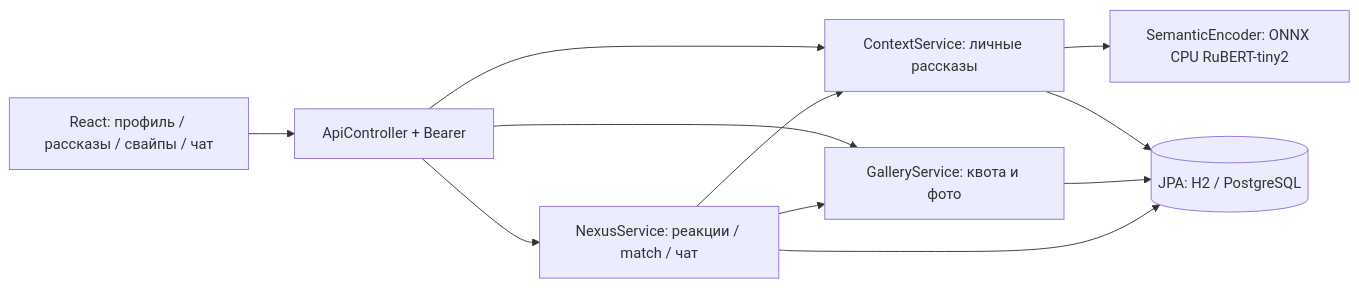
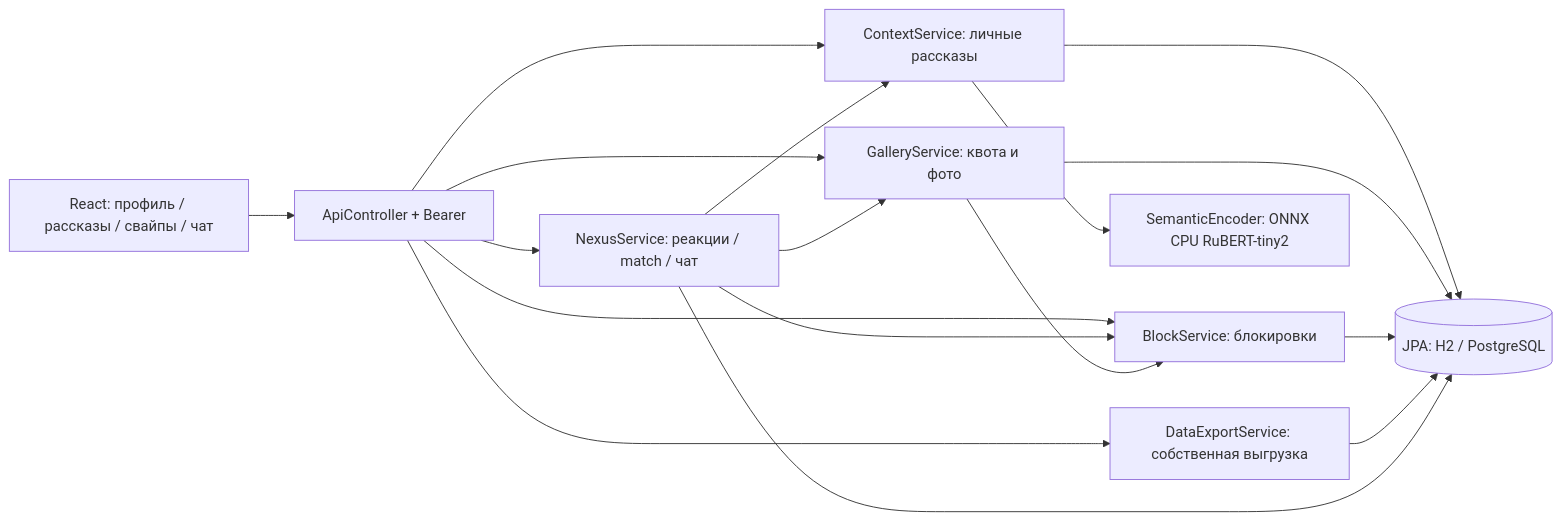
The diagram in architecture/system-architecture.md (SMART-DATING/nexus-docs), drawn with Mermaid before and after one commit. The commit also changed other lines of this file and 13 other files, not shown here.

````diff
--- a/architecture/system-architecture.md
+++ b/architecture/system-architecture.md
@@ -5,13 +5,19 @@
 ```mermaid
 flowchart LR
  UI[React: профиль / рассказы / свайпы / чат] --> API[ApiController + Bearer]
  API --> NS[NexusService: реакции / match / чат]
  API --> CS[ContextService: личные рассказы]
  API --> GS[GalleryService: квота и фото]
+ API --> BS[BlockService: блокировки]
+ API --> ES[DataExportService: собственная выгрузка]
  CS --> ML[SemanticEncoder: ONNX CPU RuBERT-tiny2]
  CS --> DB[(JPA: H2 / PostgreSQL)]
  GS --> DB
  NS --> CS
  NS --> GS
+ NS --> BS
+ GS --> BS
+ BS --> DB
+ ES --> DB
  NS --> DB
 ```
````
